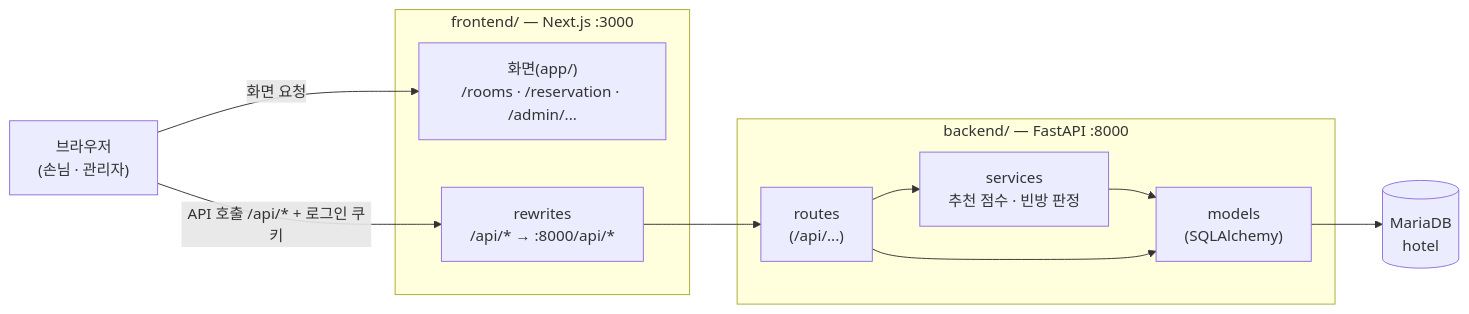
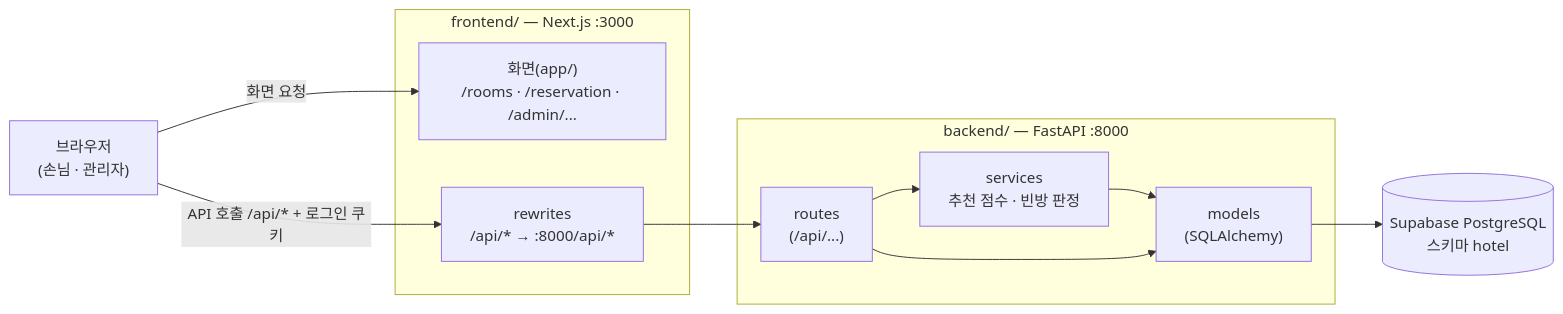
One commit to hotel-sol/Hotel-reservation changed the first of 6 diagrams in docs/ARCHITECTURE.md. Above: the diagram before and after it, drawn with Mermaid. The commit also changed other lines of this file and 15 other files, not shown here.

First line of the commit message:
feat: DB를 Supabase(PostgreSQL)로 전환, 팀 프로젝트 하나를 스키마로 나눠 사용

````diff
--- a/docs/ARCHITECTURE.md
+++ b/docs/ARCHITECTURE.md
@@ -7,21 +7,21 @@
 ```mermaid
 flowchart LR
     U["브라우저<br/>(손님 · 관리자)"]
     subgraph FE["frontend/ — Next.js :3000"]
         P["화면(app/)<br/>/rooms · /reservation · /admin/..."]
         RW["rewrites<br/>/api/* → :8000/api/*"]
     end
     subgraph BE["backend/ — FastAPI :8000"]
         R["routes<br/>(/api/...)"]
         S["services<br/>추천 점수 · 빈방 판정"]
         M["models<br/>(SQLAlchemy)"]
     end
-    DB[("MariaDB<br/>hotel")]
+    DB[("Supabase PostgreSQL<br/>스키마 hotel")]
 
     U -- "화면 요청" --> P
     U -- "API 호출 /api/* + 로그인 쿠키" --> RW
     RW --> R
     R --> S --> M
     R --> M
     M --> DB
 ```
````
